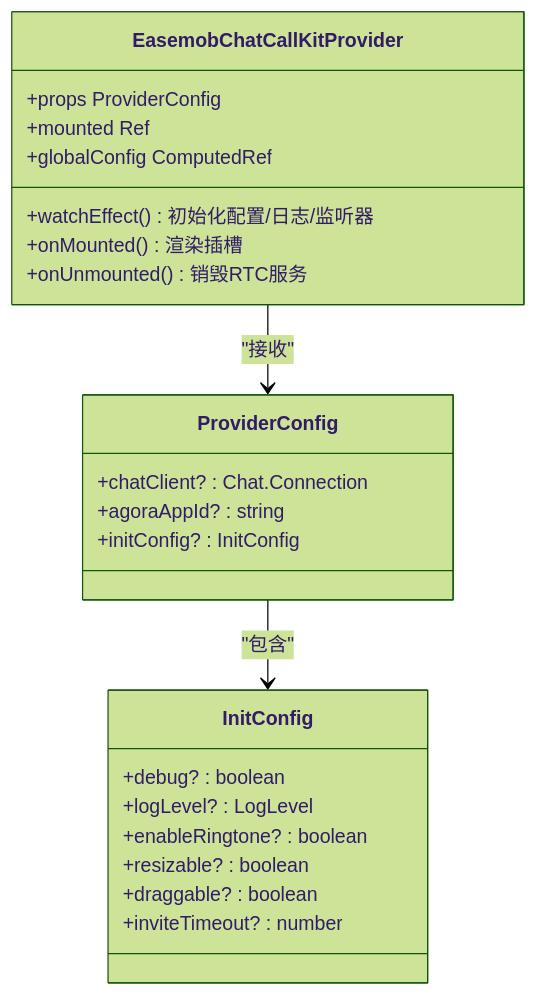
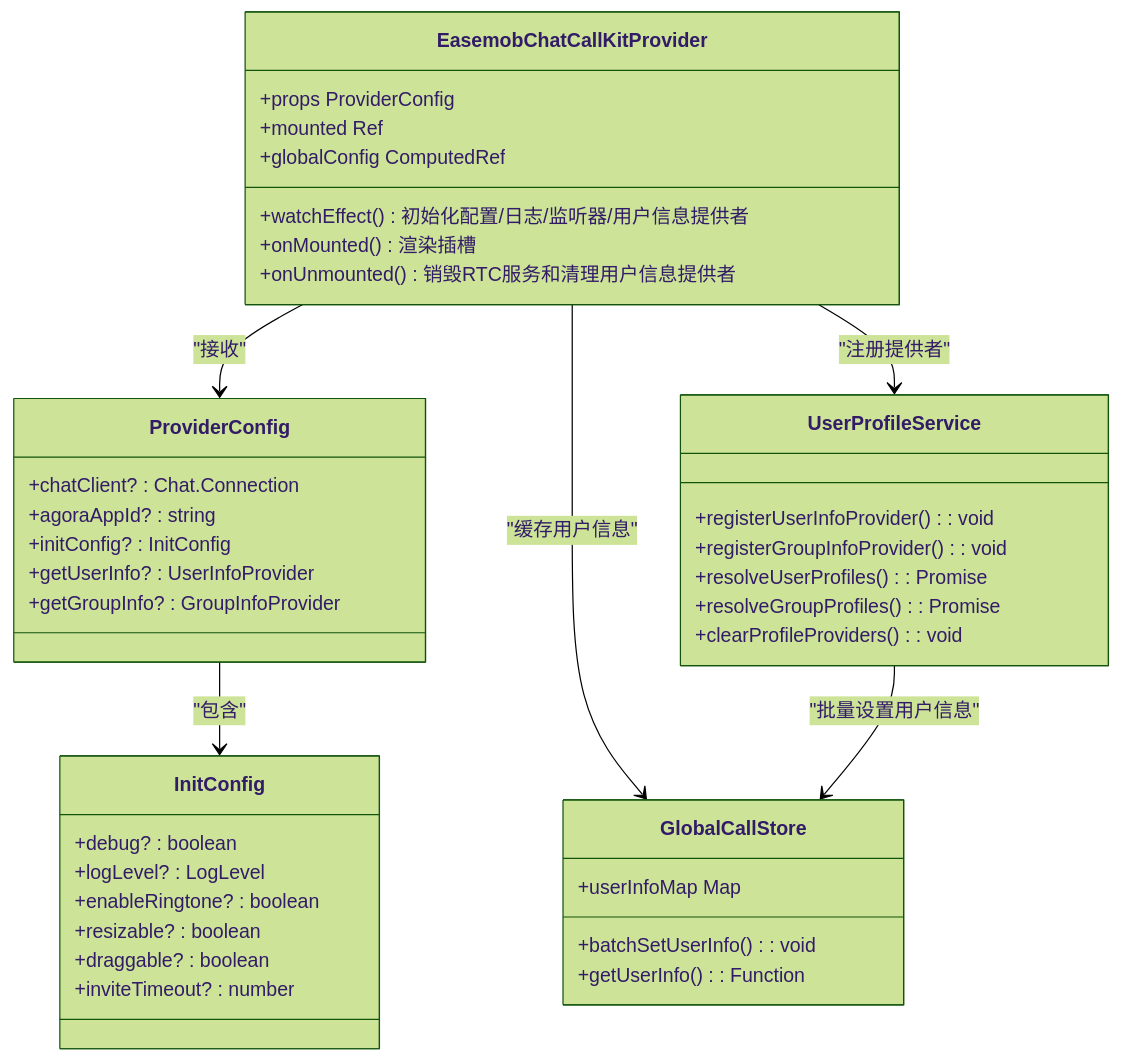
One commit to Easemob-Community/easemob-uikit-callkit-vue3 changed the third of 5 diagrams in .qoder/repowiki/zh/content/核心组件/Provider 组件.md. Above: the diagram before and after it, drawn with Mermaid (forest theme). The commit also changed other lines of this file and 15 other files, not shown here.

````diff
--- a/.qoder/repowiki/zh/content/核心组件/Provider 组件.md
+++ b/.qoder/repowiki/zh/content/核心组件/Provider 组件.md
@@ -153,26 +178,43 @@
 ```mermaid
 classDiagram
 class EasemobChatCallKitProvider {
 +props ProviderConfig
 +mounted Ref<bool>
 +globalConfig ComputedRef
-+watchEffect() 初始化配置/日志/监听器
++watchEffect() 初始化配置/日志/监听器/用户信息提供者
 +onMounted() 渲染插槽
-+onUnmounted() 销毁RTC服务
++onUnmounted() 销毁RTC服务和清理用户信息提供者
 }
 class ProviderConfig {
 +chatClient? : Chat.Connection
 +agoraAppId? : string
 +initConfig? : InitConfig
++getUserInfo? : UserInfoProvider
++getGroupInfo? : GroupInfoProvider
 }
 class InitConfig {
 +debug? : boolean
 +logLevel? : LogLevel
 +enableRingtone? : boolean
 +resizable? : boolean
 +draggable? : boolean
 +inviteTimeout? : number
 }
+class UserProfileService {
++registerUserInfoProvider() : void
++registerGroupInfoProvider() : void
++resolveUserProfiles() : Promise<UserProfile[]>
++resolveGroupProfiles() : Promise<GroupProfile[]>
++clearProfileProviders() : void
+}
+class GlobalCallStore {
++userInfoMap Map
++batchSetUserInfo() : void
++getUserInfo() : Function
+}
 EasemobChatCallKitProvider --> ProviderConfig : "接收"
 ProviderConfig --> InitConfig : "包含"
+EasemobChatCallKitProvider --> UserProfileService : "注册提供者"
+EasemobChatCallKitProvider --> GlobalCallStore : "缓存用户信息"
+UserProfileService --> GlobalCallStore : "批量设置用户信息"
 ```
````
